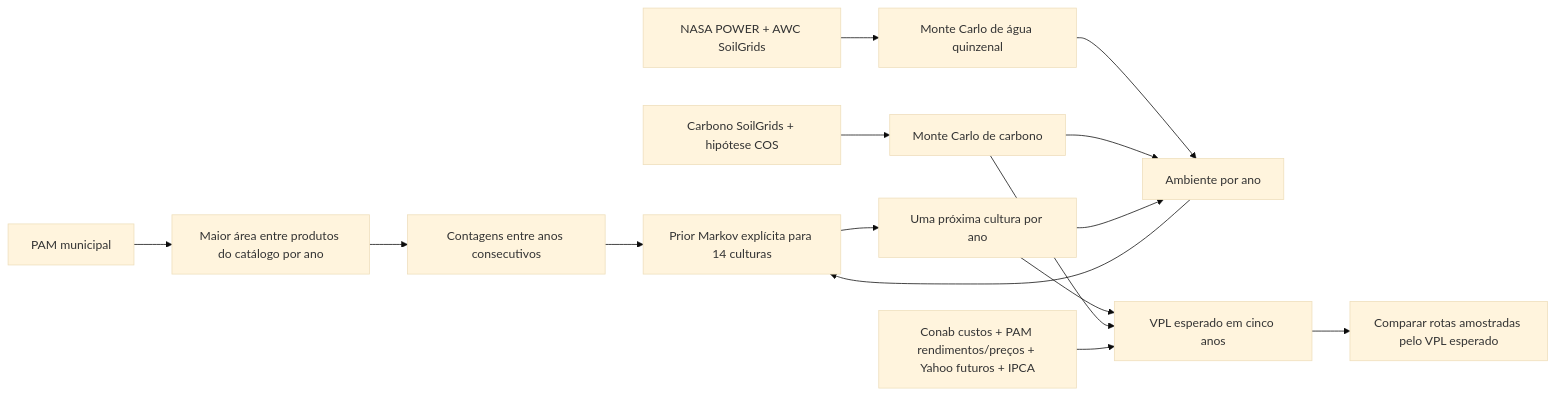
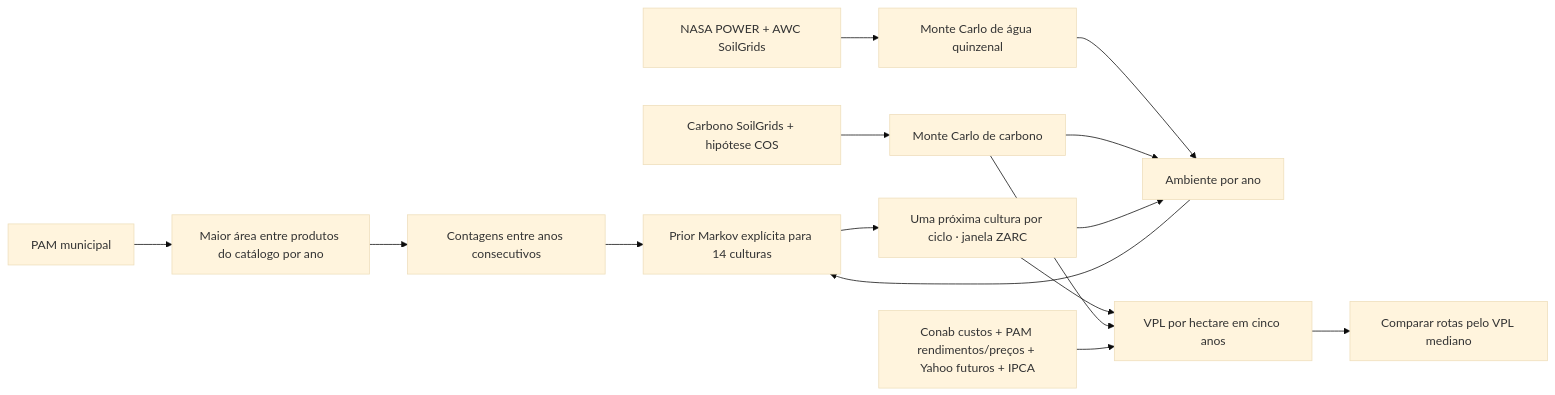
Before and after one commit to Gabriel-ASM/field-shift: the diagram in README.md, drawn with Mermaid (base theme). The commit also changed other lines of this file and 9 other files, not shown here.

````diff
--- a/README.md
+++ b/README.md
@@ -17,17 +17,17 @@
 ```mermaid
 flowchart LR
     P[PAM municipal] --> D[Maior área entre produtos do catálogo por ano]
     D --> T[Contagens entre anos consecutivos]
     T --> M[Prior Markov explícita para 14 culturas]
     N[NASA POWER + AWC SoilGrids] --> W[Monte Carlo de água quinzenal]
     S[Carbono SoilGrids + hipótese COS] --> C[Monte Carlo de carbono]
     W --> E[Ambiente por ano]
     C --> E
     E --> M
-    M --> R[Uma próxima cultura por ano]
+    M --> R[Uma próxima cultura por ciclo · janela ZARC]
     R --> E
-    R --> V[VPL esperado em cinco anos]
+    R --> V[VPL por hectare em cinco anos]
     C --> V
     I[Conab custos + PAM rendimentos/preços + Yahoo futuros + IPCA] --> V
-    V --> O[Comparar rotas amostradas pelo VPL esperado]
+    V --> O[Comparar rotas pelo VPL mediano]
 ```
````
